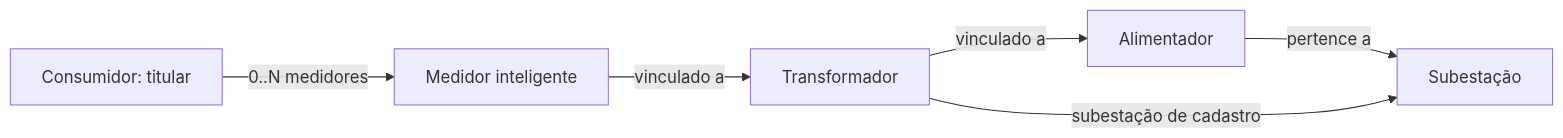
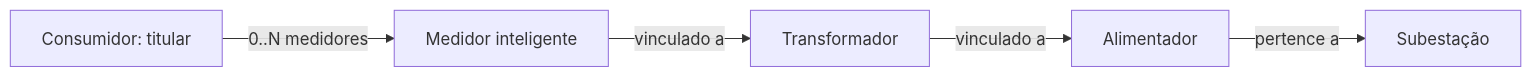
One commit to edsantos-dev/power-grid-control-center changed the diagram in docs/modelo-dominio.md. Above: the diagram before and after it, drawn with Mermaid. The commit also changed other lines of this file and 7 other files, not shown here.

Commit message:
chore: configura persistencia e schema inicial do backend

````diff
--- a/docs/modelo-dominio.md
+++ b/docs/modelo-dominio.md
@@ -20,8 +21,7 @@
 ```mermaid
 flowchart LR
     C[Consumidor: titular] -->|0..N medidores| M[Medidor inteligente]
     M -->|vinculado a| T[Transformador]
     T -->|vinculado a| A[Alimentador]
     A -->|pertence a| S[Subestação]
-    T -->|subestação de cadastro| S
 ```
````
